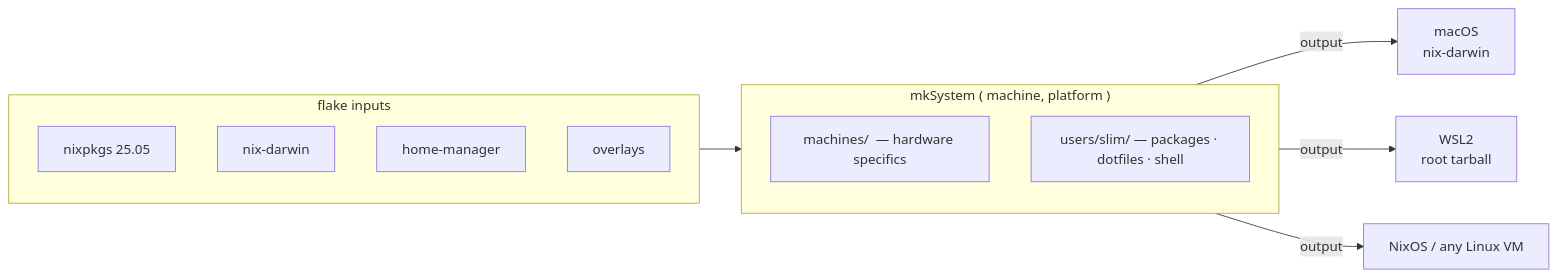
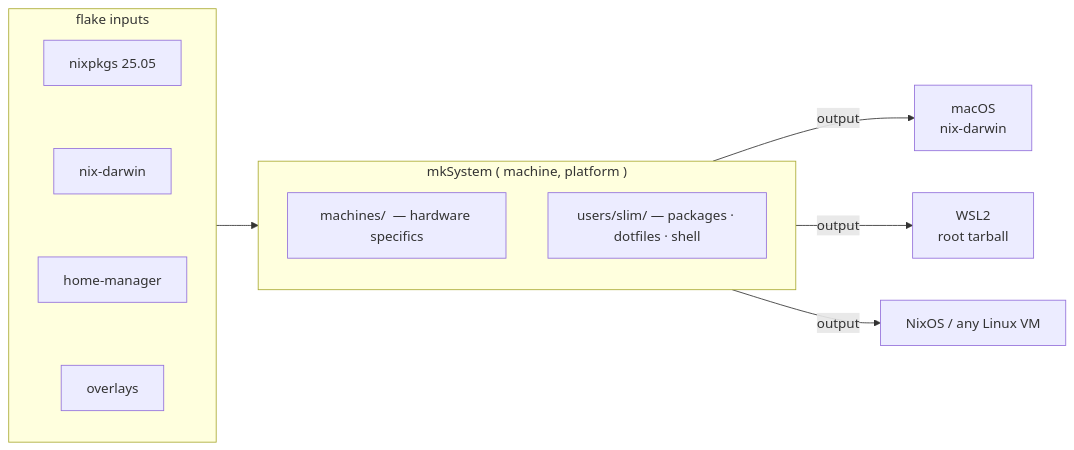
One commit to slimslenderslacks/blog changed the diagram in src/content/blog/nix-on-macos.md. Above: the diagram before and after it, drawn with Mermaid.

Commit message:
fix: force vertical alignment of flake inputs with invisible links

````diff
--- a/src/content/blog/nix-on-macos.md
+++ b/src/content/blog/nix-on-macos.md
@@ -41,25 +41,25 @@
 ```mermaid
 graph LR
     subgraph Inputs["flake inputs"]
-        direction TB
         nixpkgs["nixpkgs 25.05"]
         nix_darwin["nix-darwin"]
         home_manager["home-manager"]
         overlays["overlays"]
+        nixpkgs ~~~ nix_darwin ~~~ home_manager ~~~ overlays
     end
 
     subgraph Fn["mkSystem ( machine, platform )"]
         direction TB
         machines["machines/  — hardware specifics"]
         users["users/slim/ — packages · dotfiles · shell"]
     end
 
     macos["macOS\nnix-darwin"]
     wsl["WSL2\nroot tarball"]
     linux["NixOS / any Linux VM"]
 
     Inputs --> Fn
     Fn -->|output| macos
     Fn -->|output| wsl
     Fn -->|output| linux
 ```
````
